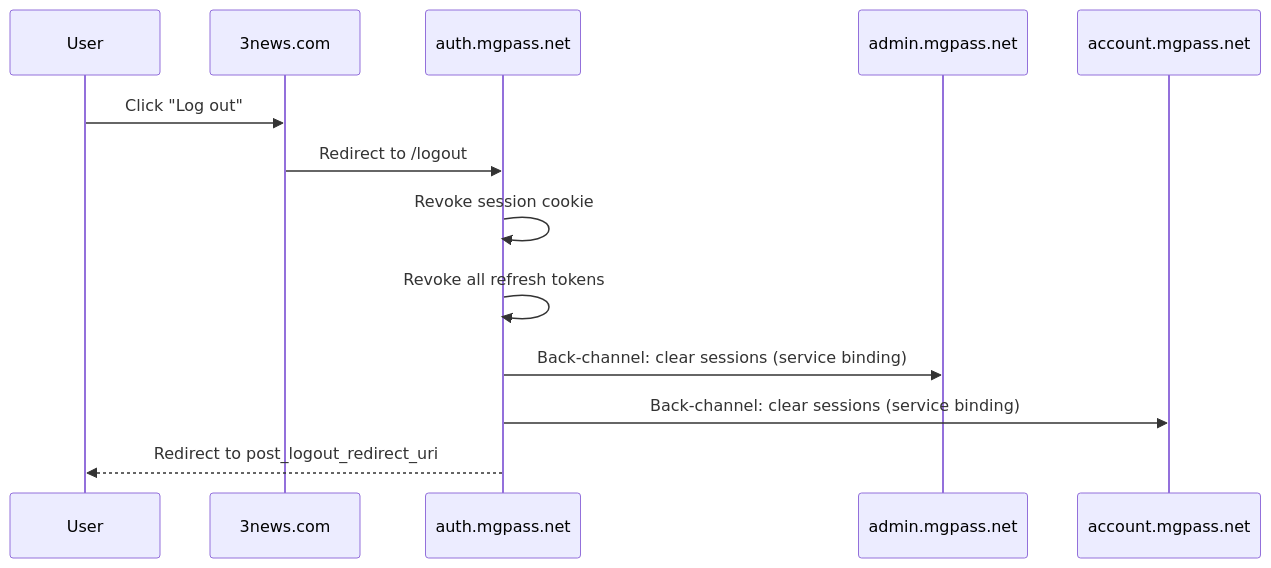
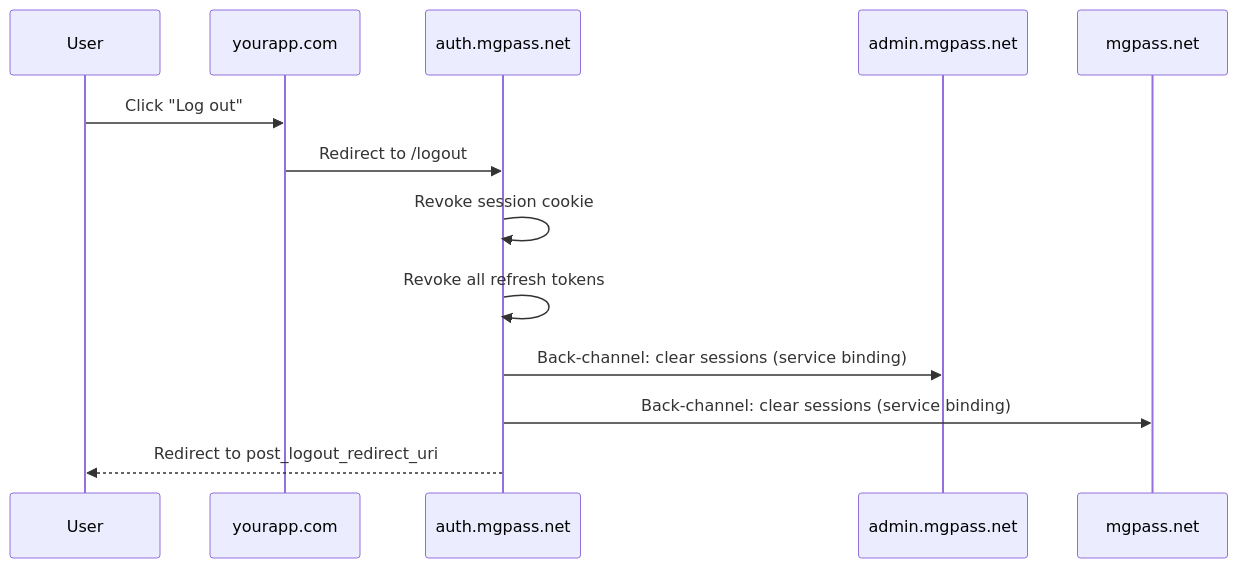
The third of 3 diagrams in guides/sso.mdx (mgdmdev/docs), drawn with Mermaid before and after one commit. The commit also changed other lines of this file and 23 other files, not shown here.

First line of the commit message:
docs: update to mgpass.net domains, genericize product references

````diff
--- a/guides/sso.mdx
+++ b/guides/sso.mdx
@@ -278,16 +278,16 @@
 ```mermaid
 sequenceDiagram
     participant User
-    participant App as 3news.com
+    participant App as yourapp.com
     participant Auth as auth.mgpass.net
     participant Admin as admin.mgpass.net
-    participant Account as account.mgpass.net
+    participant Account as mgpass.net
 
     User->>App: Click "Log out"
     App->>Auth: Redirect to /logout
     Auth->>Auth: Revoke session cookie
     Auth->>Auth: Revoke all refresh tokens
     Auth->>Admin: Back-channel: clear sessions (service binding)
     Auth->>Account: Back-channel: clear sessions (service binding)
     Auth-->>User: Redirect to post_logout_redirect_uri
 ```
````
